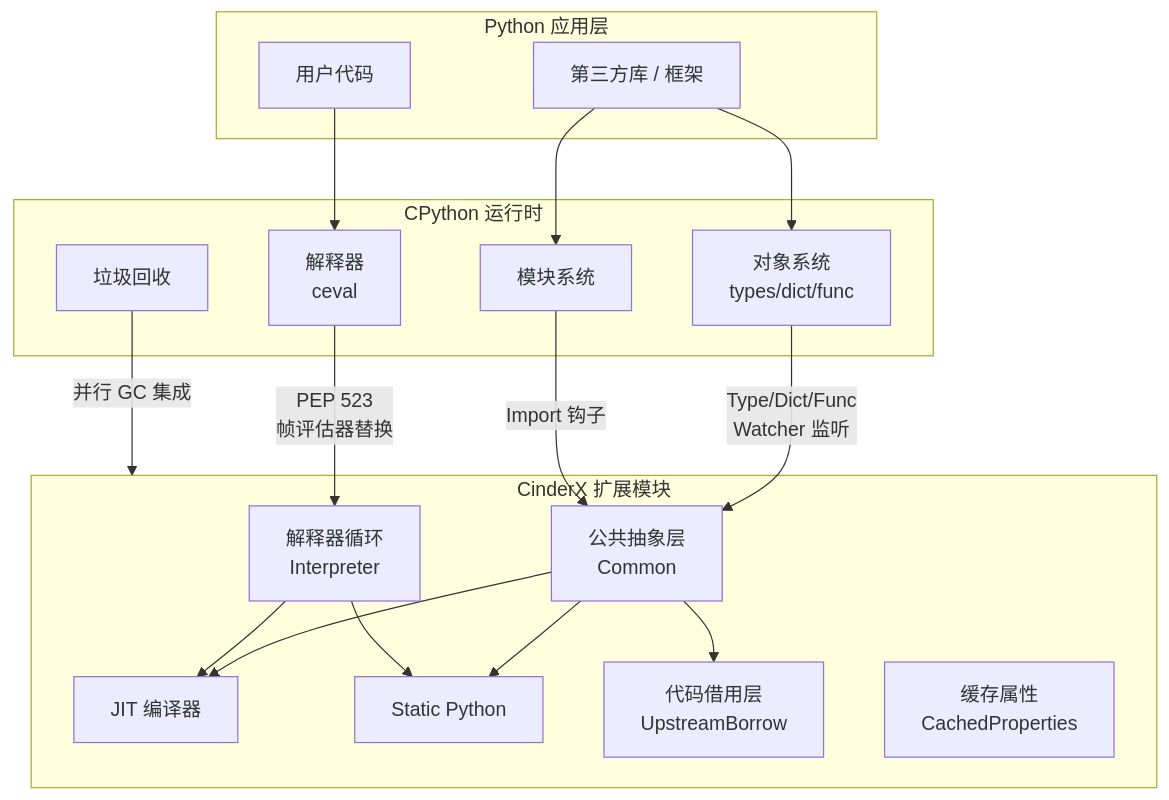
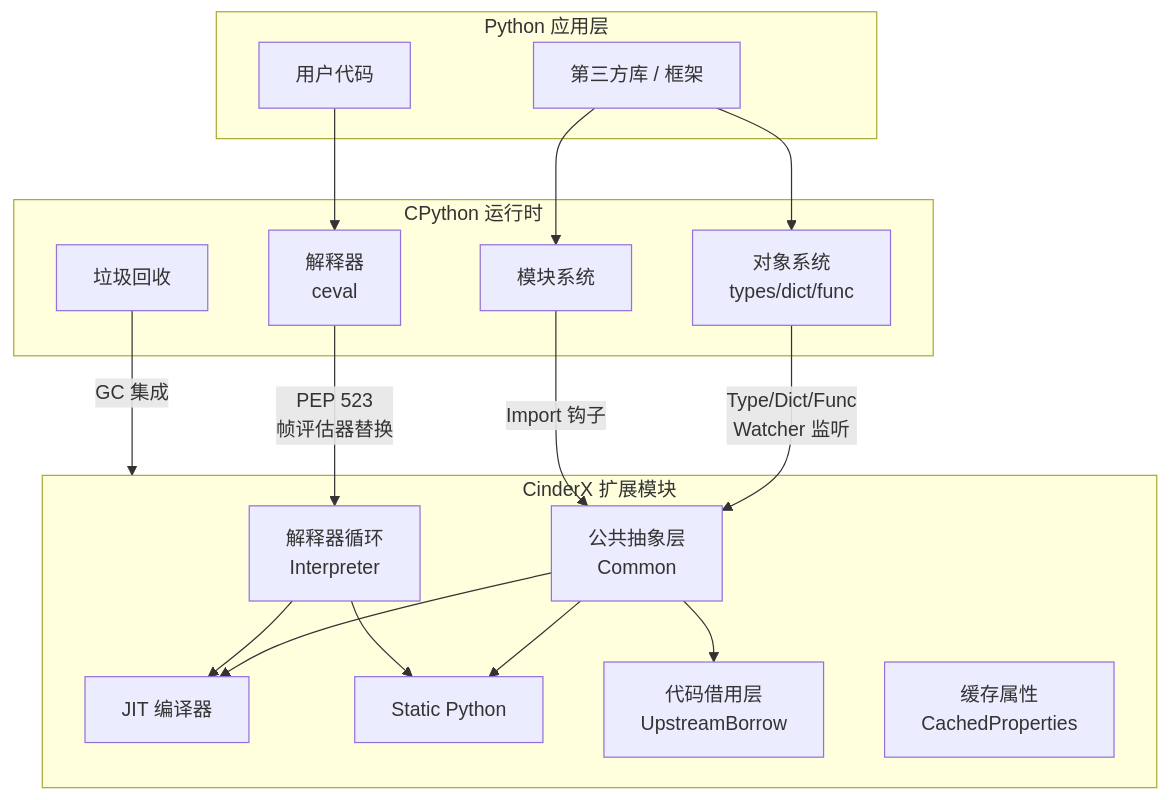
Before and after one commit to Cookie4Cat/cinderx: the first of 11 diagrams in cinderx/Docs/arch.md, drawn with Mermaid. The commit also changed other lines of this file, not shown here.

````diff
--- a/cinderx/Docs/arch.md
+++ b/cinderx/Docs/arch.md
@@ -74,38 +72,38 @@
 ```mermaid
 graph TB
     subgraph App["Python 应用层"]
         UserCode["用户代码"]
         Libs["第三方库 / 框架"]
     end
 
     subgraph CPython["CPython 运行时"]
         Interpreter["解释器<br/>ceval"]
         Objects["对象系统<br/>types/dict/func"]
         GC["垃圾回收"]
         Modules["模块系统"]
     end
 
     subgraph CinderX["CinderX 扩展模块"]
         JIT["JIT 编译器"]
         SP["Static Python"]
         CXL["公共抽象层<br/>Common"]
         CXI["解释器循环<br/>Interpreter"]
         Borrow["代码借用层<br/>UpstreamBorrow"]
         CP["缓存属性<br/>CachedProperties"]
     end
 
     UserCode --> Interpreter
     Libs --> Objects
     Libs --> Modules
 
     Interpreter -- "PEP 523<br/>帧评估器替换" --> CXI
     Objects -- "Type/Dict/Func<br/>Watcher 监听" --> CXL
-    GC -- "并行 GC 集成" --> CinderX
+    GC -- "GC 集成" --> CinderX
     Modules -- "Import 钩子" --> CXL
 
     CXL --> JIT
     CXL --> SP
     CXL --> Borrow
     CXI --> JIT
     CXI --> SP
 ```
````
